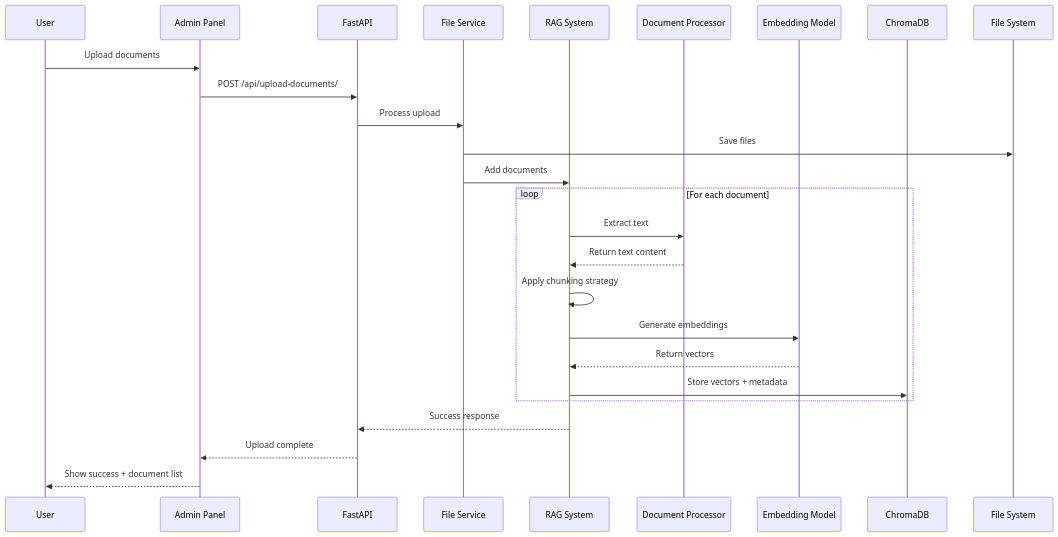
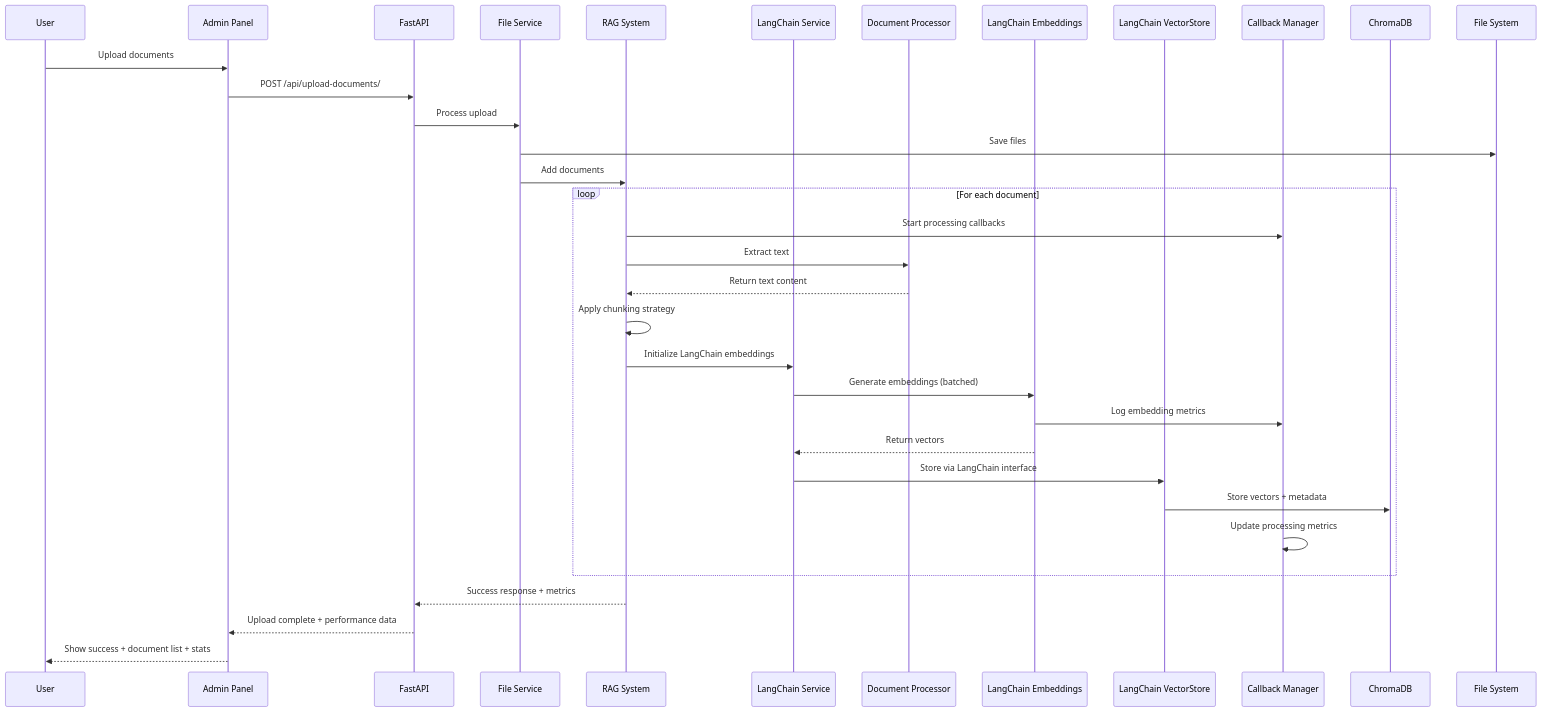
Before and after one commit to hmunjuluri05/custom-rag: the second of 4 diagrams in README.md, drawn with Mermaid. The commit also changed other lines of this file, not shown here.

````diff
--- a/README.md
+++ b/README.md
@@ -81,31 +110,39 @@
 ```mermaid
 sequenceDiagram
     participant User
     participant UI as Admin Panel
     participant API as FastAPI
     participant File as File Service
     participant RAG as RAG System
+    participant LC as LangChain Service
     participant Doc as Document Processor
-    participant Emb as Embedding Model
+    participant Emb as LangChain Embeddings
+    participant VS as LangChain VectorStore
+    participant CB as Callback Manager
     participant VDB as ChromaDB
     participant FS as File System
 
     User->>UI: Upload documents
     UI->>API: POST /api/upload-documents/
     API->>File: Process upload
     File->>FS: Save files
     File->>RAG: Add documents
 
     loop For each document
+        RAG->>CB: Start processing callbacks
         RAG->>Doc: Extract text
         Doc-->>RAG: Return text content
         RAG->>RAG: Apply chunking strategy
-        RAG->>Emb: Generate embeddings
-        Emb-->>RAG: Return vectors
-        RAG->>VDB: Store vectors + metadata
+        RAG->>LC: Initialize LangChain embeddings
+        LC->>Emb: Generate embeddings (batched)
+        Emb->>CB: Log embedding metrics
+        Emb-->>LC: Return vectors
+        LC->>VS: Store via LangChain interface
+        VS->>VDB: Store vectors + metadata
+        CB->>CB: Update processing metrics
     end
 
-    RAG-->>API: Success response
-    API-->>UI: Upload complete
-    UI-->>User: Show success + document list
+    RAG-->>API: Success response + metrics
+    API-->>UI: Upload complete + performance data
+    UI-->>User: Show success + document list + stats
 ```
````
